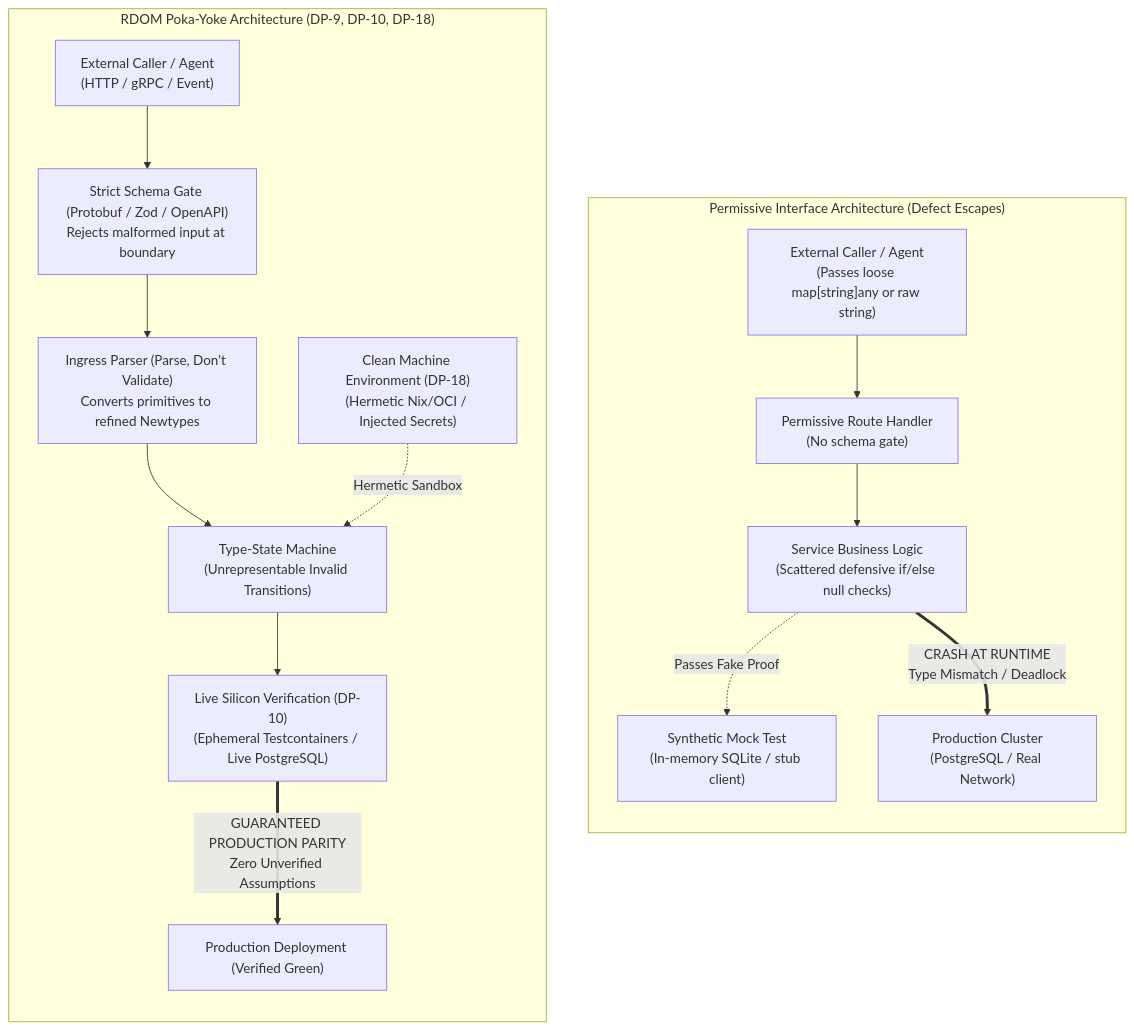
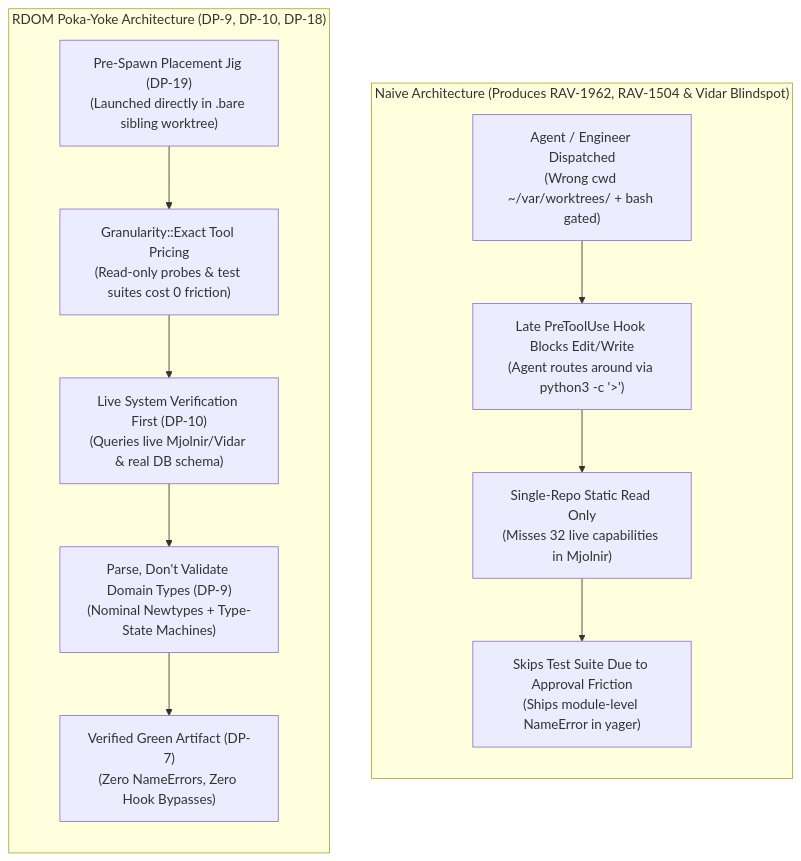
One commit to nwalker85/rdom-method changed the diagram in docs/chapters/14-poka-yoke-interface-design.md. Above: the diagram before and after it, drawn with Mermaid. The commit also changed other lines of this file and 29 other files, not shown here.

````diff
--- a/docs/chapters/14-poka-yoke-interface-design.md
+++ b/docs/chapters/14-poka-yoke-interface-design.md
@@ -96,33 +101,23 @@
 ```mermaid
 flowchart TD
-    subgraph PERMISSIVE["Permissive Interface Architecture (Defect Escapes)"]
+    subgraph PERMISSIVE["Naive Architecture (Produces RAV-1962, RAV-1504 & Vidar Blindspot)"]
         direction TB
-        P_IN["External Caller / Agent\n(Passes loose map[string]any or raw string)"]
-        P_ROUTE["Permissive Route Handler\n(No schema gate)"]
-        P_SVC["Service Business Logic\n(Scattered defensive if/else null checks)"]
-        P_MOCK["Synthetic Mock Test\n(In-memory SQLite / stub client)"]
-        P_PROD["Production Cluster\n(PostgreSQL / Real Network)"]
+        P_IN["Agent / Engineer Dispatched\n(Wrong cwd ~/var/worktrees/ + bash gated)"]
+        P_HOOK["Late PreToolUse Hook Blocks Edit/Write\n(Agent routes around via python3 -c '>')"]
+        P_REPO["Single-Repo Static Read Only\n(Misses 32 live capabilities in Mjolnir)"]
+        P_SKIP["Skips Test Suite Due to Approval Friction\n(Ships module-level NameError in yager)"]
         
-        P_IN --> P_ROUTE
-        P_ROUTE --> P_SVC
-        P_SVC -.->|"Passes Fake Proof"| P_MOCK
-        P_SVC ==>|"CRASH AT RUNTIME\nType Mismatch / Deadlock"| P_PROD
+        P_IN --> P_HOOK --> P_REPO --> P_SKIP
     end
 
     subgraph POKAYOKE["RDOM Poka-Yoke Architecture (DP-9, DP-10, DP-18)"]
         direction TB
-        Y_IN["External Caller / Agent\n(HTTP / gRPC / Event)"]
-        Y_GATE["Strict Schema Gate (Protobuf / Zod / OpenAPI)\nRejects malformed input at boundary"]
-        Y_PARSE["Ingress Parser (Parse, Don't Validate)\nConverts primitives to refined Newtypes"]
-        Y_STATE["Type-State Machine\n(Unrepresentable Invalid Transitions)"]
-        Y_LIVE["Live Silicon Verification (DP-10)\n(Ephemeral Testcontainers / Live PostgreSQL)"]
-        Y_CLEAN["Clean Machine Environment (DP-18)\n(Hermetic Nix/OCI / Injected Secrets)"]
+        Y_SPAWN["Pre-Spawn Placement Jig (DP-19)\n(Launched directly in .bare sibling worktree)"]
+        Y_PRICE["Granularity::Exact Tool Pricing\n(Read-only probes & test suites cost 0 friction)"]
+        Y_LIVE["Live System Verification First (DP-10)\n(Queries live Mjolnir/Vidar & real DB schema)"]
+        Y_TYPE["Parse, Don't Validate Domain Types (DP-9)\n(Nominal Newtypes + Type-State Machines)"]
+        Y_PROD["Verified Green Artifact (DP-7)\n(Zero NameErrors, Zero Hook Bypasses)"]
         
-        Y_IN --> Y_GATE
-        Y_GATE --> Y_PARSE
-        Y_PARSE --> Y_STATE
-        Y_STATE --> Y_LIVE
-        Y_CLEAN -.->|"Hermetic Sandbox"| Y_STATE
-        Y_LIVE ==>|"GUARANTEED PRODUCTION PARITY\nZero Unverified Assumptions"| Y_PROD_OK["Production Deployment (Verified Green)"]
+        Y_SPAWN --> Y_PRICE --> Y_LIVE --> Y_TYPE --> Y_PROD
     end
 ```
````
